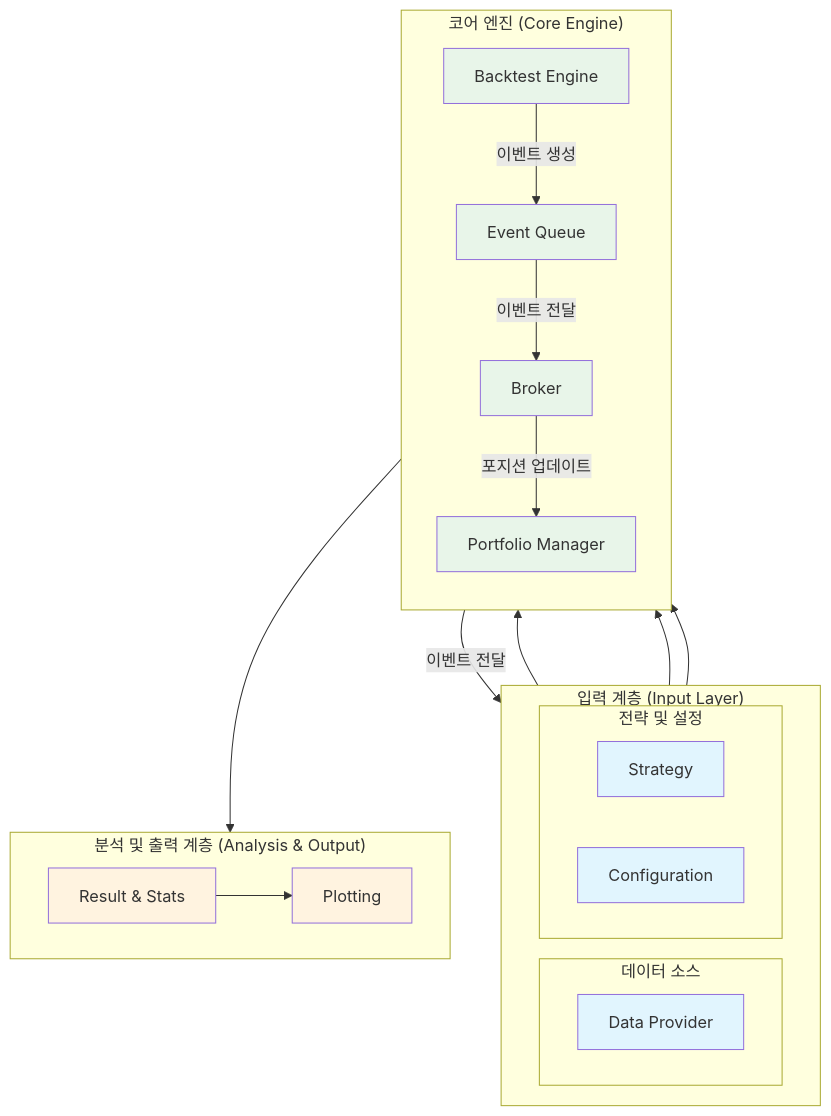
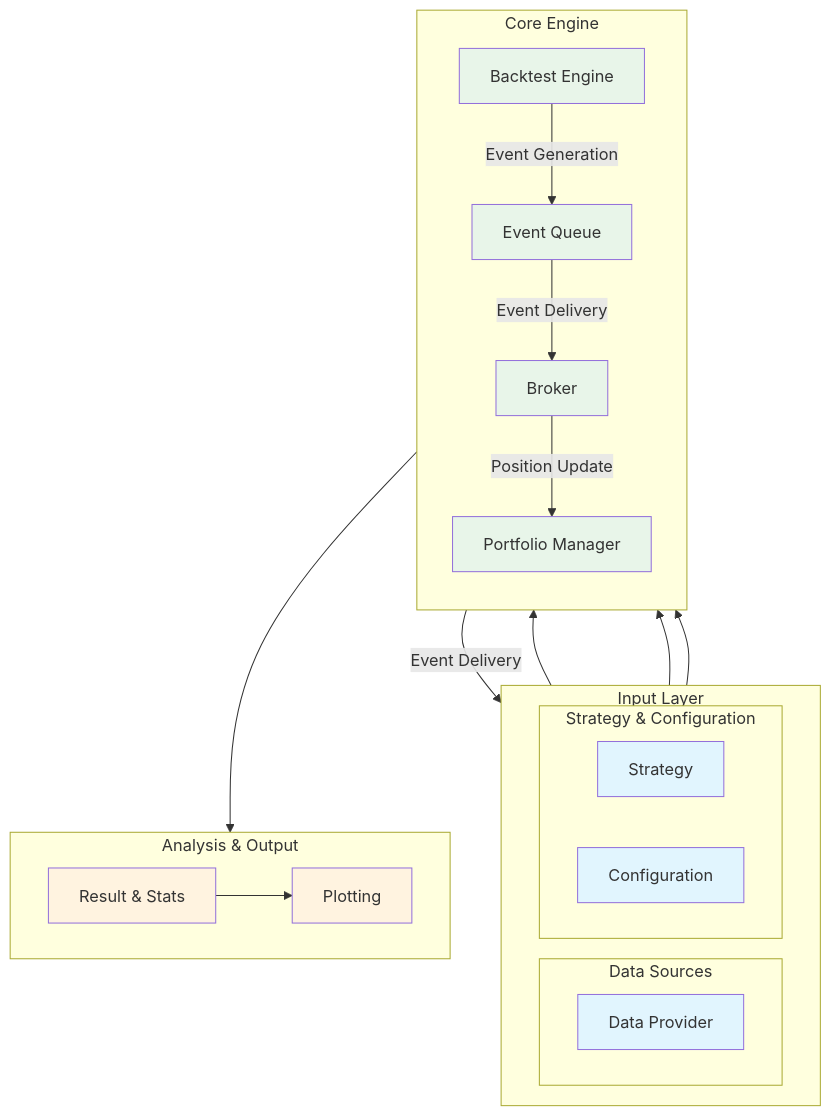
Before and after one commit to Lazydok/quantbt: the diagram in README.md, drawn with Mermaid. The commit also changed other lines of this file and 21 other files, not shown here.

Commit message:
README 및 문서 업데이트: 영어로 번역된 내용 추가, 백테스트 엔진 및 데이터 제공자 관련 주석 수정, 예제 코드의 주석 및 출력 메시지 영어로 변경

````diff
--- a/README.md
+++ b/README.md
@@ -21,46 +21,46 @@
 ```mermaid
 graph TD
-    subgraph "입력 계층 (Input Layer)"
+    subgraph "Input Layer"
         direction LR
-        subgraph "데이터 소스"
+        subgraph "Data Sources"
             DP[Data Provider]
         end
-        subgraph "전략 및 설정"
+        subgraph "Strategy & Configuration"
             ST[Strategy]
             CF[Configuration]
         end
     end
 
-    subgraph "코어 엔진 (Core Engine)"
+    subgraph "Core Engine"
         direction TB
         BE[Backtest Engine]
         EV[Event Queue]
         BR[Broker]
         PM[Portfolio Manager]
         
-        BE --"이벤트 생성"--> EV
-        EV --"이벤트 전달"--> ST
-        EV --"이벤트 전달"--> BR
-        BR --"포지션 업데이트"--> PM
+        BE --"Event Generation"--> EV
+        EV --"Event Delivery"--> ST
+        EV --"Event Delivery"--> BR
+        BR --"Position Update"--> PM
     end
 
-    subgraph "분석 및 출력 계층 (Analysis & Output)"
+    subgraph "Analysis & Output"
         direction LR
         RP[Result & Stats]
         PL[Plotting]
     end
 
     DP --> BE
     ST --> BE
     CF --> BE
     BE --> RP
     RP --> PL
 
     classDef input fill:#e1f5fe
     classDef core fill:#e8f5e9
     classDef output fill:#fff3e0
     
     class DP,ST,CF input
     class BE,EV,BR,PM core
     class RP,PL output
 ```
````
